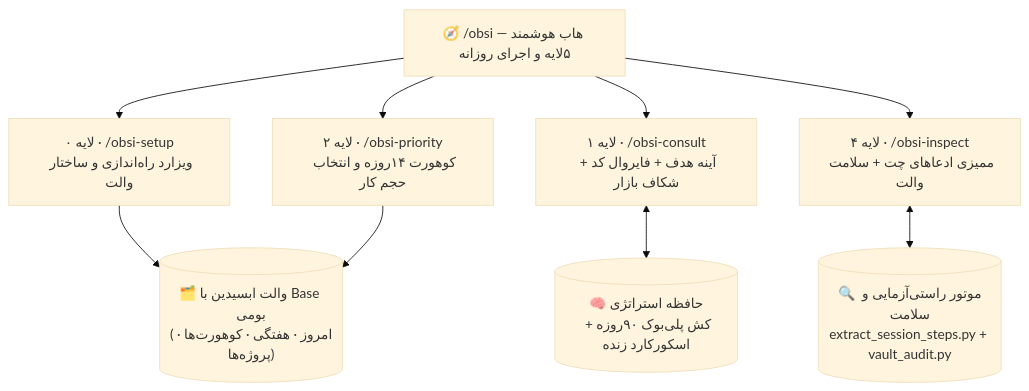
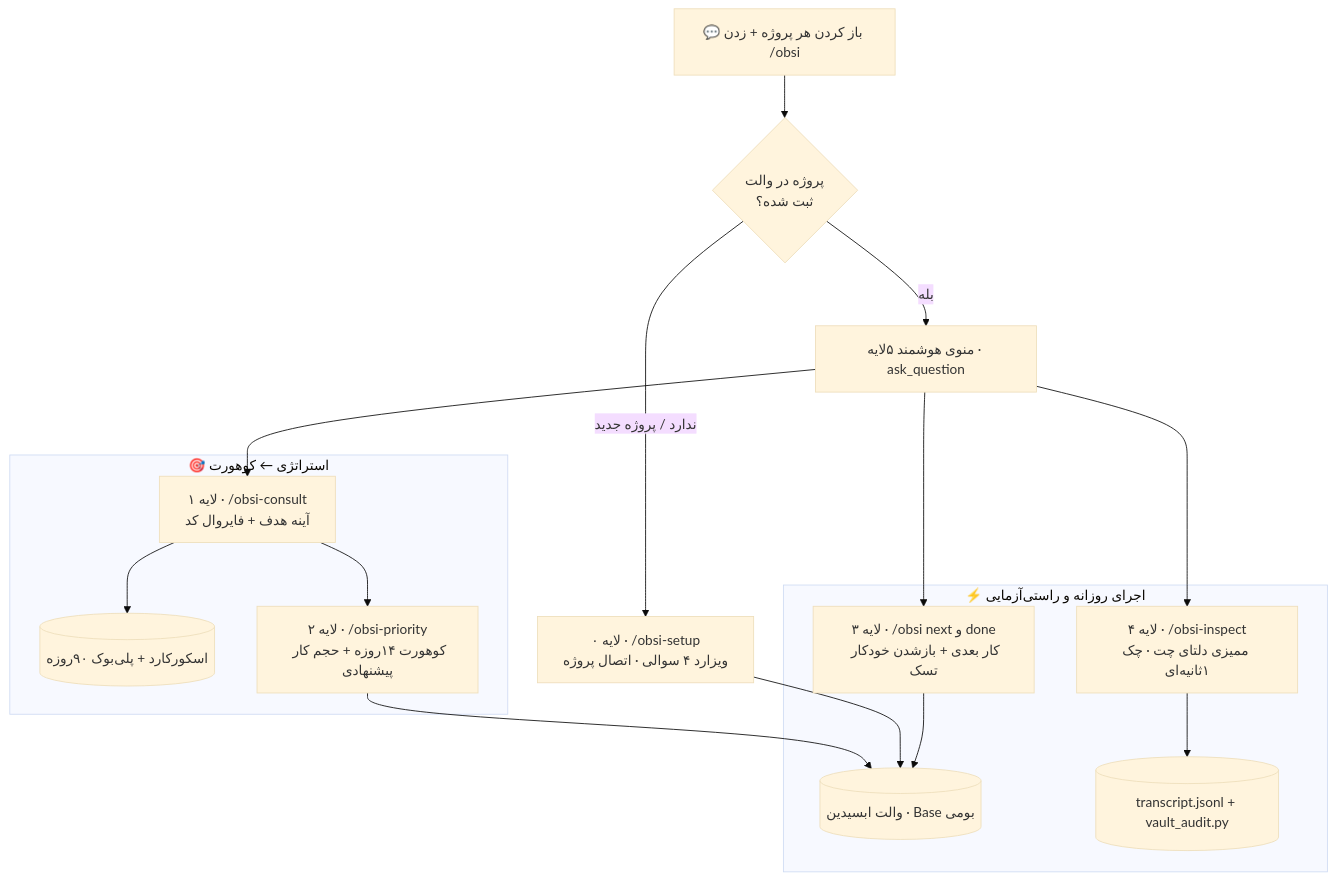
The diagram in docs/assets/architecture.fa.mmd (h6s8n/obsi-founder-compass), drawn with Mermaid (base theme) before and after one commit. The commit also changed 9 other files, not shown here.

Commit message:
docs: add prerequisites, one-line commands, Mermaid neo SVGs, contributing guide, and live donation tracker

```diff
--- a/docs/assets/architecture.fa.mmd
+++ b/docs/assets/architecture.fa.mmd
@@ -1,12 +1,20 @@
 flowchart TD
-    HUB["🧭 /obsi — هاب هوشمند ۵لایه و اجرای روزانه"]
+    U["💬 باز کردن هر پروژه + زدن /obsi"] --> R{"پروژه در والت<br/>ثبت شده؟"}
+    R -- "ندارد / پروژه جدید" --> L0["لایه ۰ · /obsi-setup<br/>ویزارد ۴ سوالی · اتصال پروژه"]
+    R -- "بله" --> M["منوی هوشمند ۵لایه · ask_question"]
 
-    HUB --> L0["لایه ۰ · /obsi-setup<br/>ویزارد راه‌اندازی و ساختار والت"]
-    HUB --> L1["لایه ۱ · /obsi-consult<br/>آینه هدف + فایروال کد + شکاف بازار"]
-    HUB --> L2["لایه ۲ · /obsi-priority<br/>کوهورت ۱۴روزه و انتخاب حجم کار"]
-    HUB --> L4["لایه ۴ · /obsi-inspect<br/>ممیزی ادعاهای چت + سلامت والت"]
+    subgraph Strategy["🎯 استراتژی ← کوهورت"]
+        L1["لایه ۱ · /obsi-consult<br/>آینه هدف + فایروال کد"] --> SC[("اسکورکارد + پلی‌بوک ۹۰روزه")]
+        L1 --> L2["لایه ۲ · /obsi-priority<br/>کوهورت ۱۴روزه + حجم کار پیشنهادی"]
+    end
 
-    L0 --> VAULT[("🗂️ والت ابسیدین با Base بومی<br/>(امروز · هفتگی · کوهورت‌ها · پروژه‌ها)")]
-    L2 --> VAULT
-    L1 <--> MEM[("🧠 حافظه استراتژی<br/>کش پلی‌بوک ۹۰روزه + اسکورکارد زنده")]
-    L4 <--> TRUTH[("🔍 موتور راستی‌آزمایی و سلامت<br/>extract_session_steps.py + vault_audit.py")]
+    subgraph Daily["⚡ اجرای روزانه و راستی‌آزمایی"]
+        L3["لایه ۳ · /obsi next و done<br/>کار بعدی + بازشدن خودکار تسک"] --> V[("والت ابسیدین · Base بومی")]
+        L4["لایه ۴ · /obsi-inspect<br/>ممیزی دلتای چت · چک ۱ثانیه‌ای"] --> TR[("transcript.jsonl + vault_audit.py")]
+    end
+
+    M --> L1
+    M --> L3
+    M --> L4
+    L0 --> V
+    L2 --> V
```
